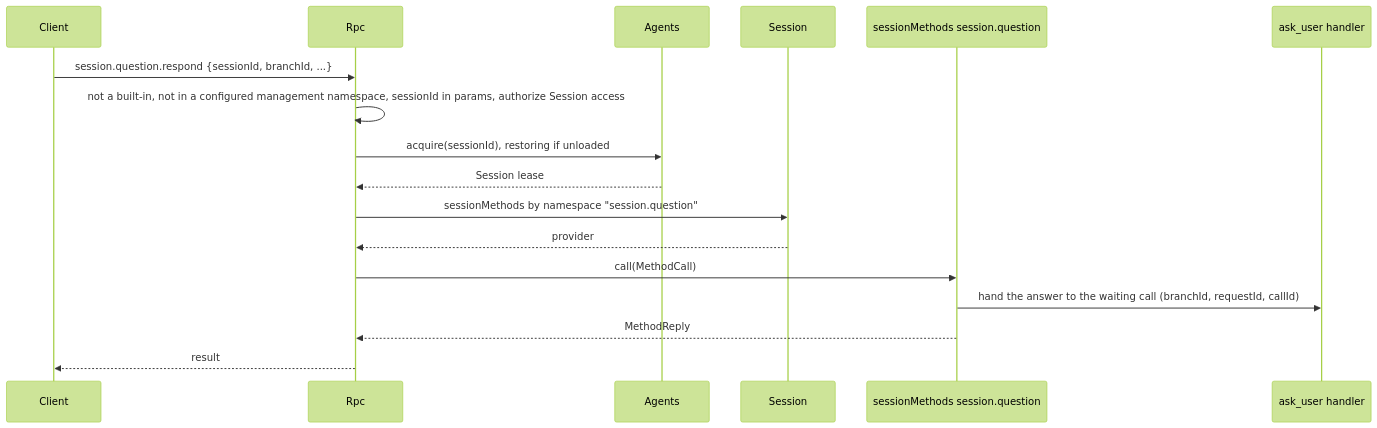
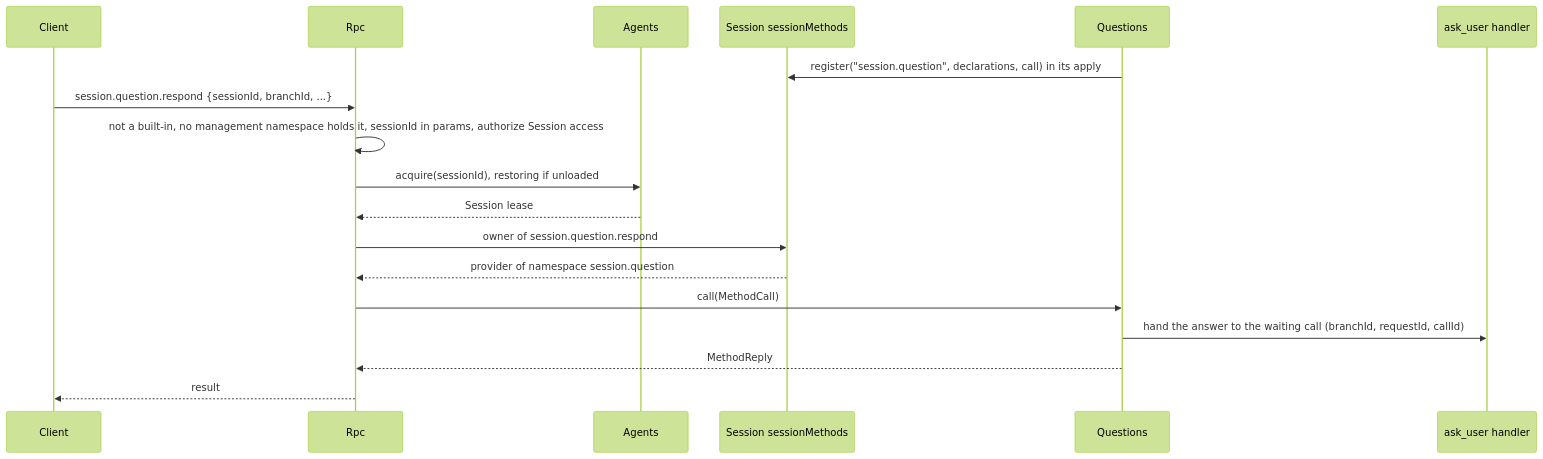
The second of 3 diagrams in docs/design/contracts/session-boundary.md (CoutinhoTTS/dim-agent), drawn with Mermaid (forest theme) before and after one commit. The commit also changed other lines of this file and 163 other files, not shown here.

````diff
--- a/docs/design/contracts/session-boundary.md
+++ b/docs/design/contracts/session-boundary.md
@@ -67,19 +71,20 @@
 ```mermaid
 sequenceDiagram
   participant CL as Client
   participant Rpc as Rpc
   participant AI as Agents
-  participant S as Session
-  participant Q as sessionMethods session.question
+  participant S as Session sessionMethods
+  participant Q as Questions
   participant H as ask_user handler
+  Q->>S: register("session.question", declarations, call) in its apply
   CL->>Rpc: session.question.respond {sessionId, branchId, ...}
-  Rpc->>Rpc: not a built-in, not in a configured management namespace, sessionId in params, authorize Session access
+  Rpc->>Rpc: not a built-in, no management namespace holds it, sessionId in params, authorize Session access
   Rpc->>AI: acquire(sessionId), restoring if unloaded
   AI-->>Rpc: Session lease
-  Rpc->>S: sessionMethods by namespace "session.question"
-  S-->>Rpc: provider
+  Rpc->>S: owner of session.question.respond
+  S-->>Rpc: provider of namespace session.question
   Rpc->>Q: call(MethodCall)
   Q->>H: hand the answer to the waiting call (branchId, requestId, callId)
   Q-->>Rpc: MethodReply
   Rpc-->>CL: result
 ```
````
